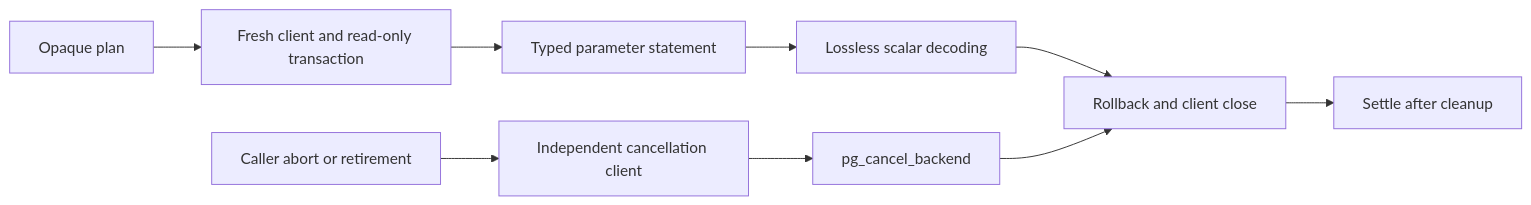
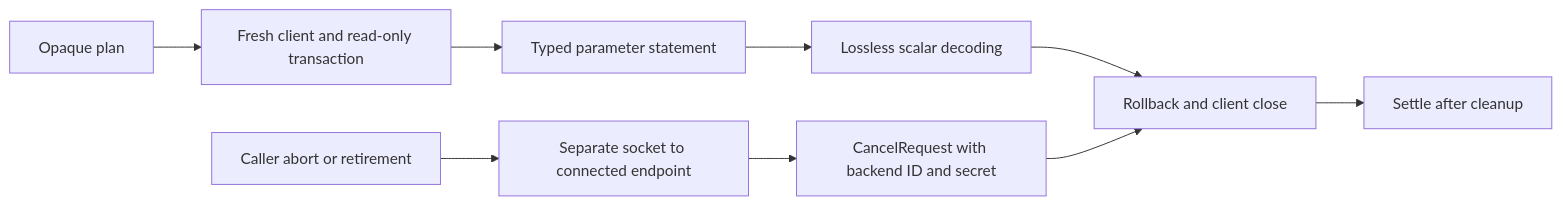
The diagram in connectors/postgres/README.md (relatehq/relate), drawn with Mermaid before and after one commit. The commit also changed other lines of this file and 78 other files, not shown here.

````diff
--- a/connectors/postgres/README.md
+++ b/connectors/postgres/README.md
@@ -79,11 +85,11 @@
 ```mermaid
 flowchart LR
   Plan[Opaque plan] --> Start[Fresh client and read-only transaction]
   Start --> Execute[Typed parameter statement]
   Execute --> Decode[Lossless scalar decoding]
   Decode --> Close[Rollback and client close]
-  Abort[Caller abort or retirement] --> Control[Independent cancellation client]
-  Control --> Cancel[pg_cancel_backend]
+  Abort[Caller abort or retirement] --> Control[Separate socket to connected endpoint]
+  Control --> Cancel[CancelRequest with backend ID and secret]
   Cancel --> Close
   Close --> Result[Settle after cleanup]
 ```
````
